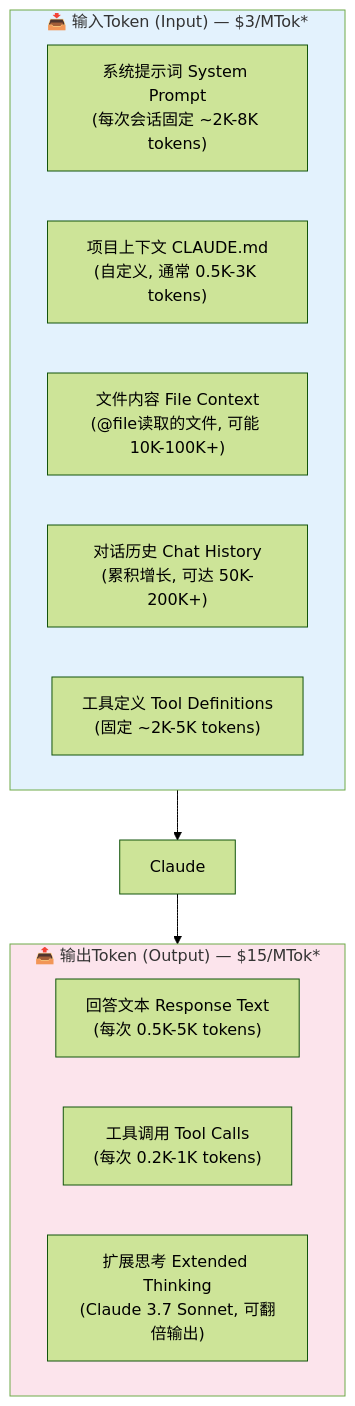
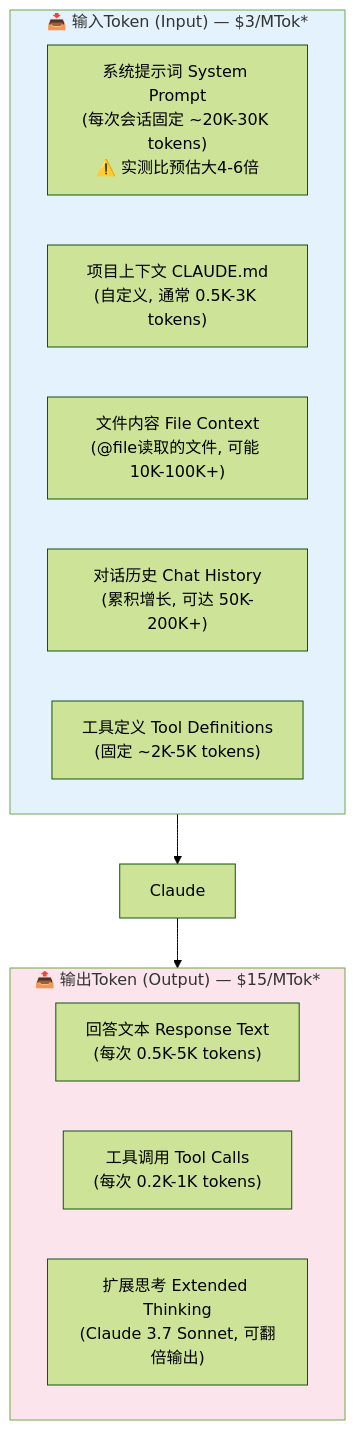
The first of 2 diagrams in docs/01-token消耗全景图.md (JungleTestLabs/claude-token-optimization), drawn with Mermaid (forest theme) before and after one commit. The commit also changed other lines of this file and 6 other files, not shown here.

````diff
--- a/docs/01-token消耗全景图.md
+++ b/docs/01-token消耗全景图.md
@@ -9,22 +9,22 @@
 ```mermaid
 flowchart TB
     subgraph INPUT["📥 输入Token (Input) — $3/MTok*"]
-        SP["系统提示词 System Prompt\n(每次会话固定 ~2K-8K tokens)"]
+        SP["系统提示词 System Prompt\n(每次会话固定 ~20K-30K tokens)<br/>⚠️ 实测比预估大4-6倍"]
         CP["项目上下文 CLAUDE.md\n(自定义, 通常 0.5K-3K tokens)"]
         FC["文件内容 File Context\n(@file读取的文件, 可能 10K-100K+)"]
         CH["对话历史 Chat History\n(累积增长, 可达 50K-200K+) "]
         TD["工具定义 Tool Definitions\n(固定 ~2K-5K tokens)"]
     end
     
     subgraph OUTPUT["📤 输出Token (Output) — $15/MTok*"]
         RT["回答文本 Response Text\n(每次 0.5K-5K tokens)"]
         TC["工具调用 Tool Calls\n(每次 0.2K-1K tokens)"]
         ET["扩展思考 Extended Thinking\n(Claude 3.7 Sonnet, 可翻倍输出)"]
     end
     
     INPUT --> Claude
     Claude --> OUTPUT
     
     style INPUT fill:#e3f2fd
     style OUTPUT fill:#fce4ec
 ```
````
